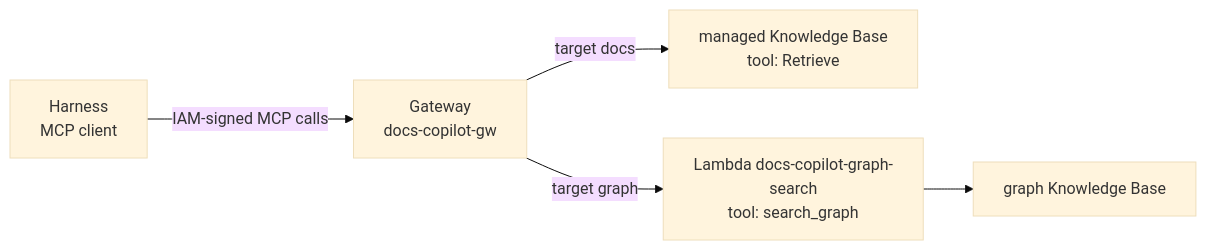
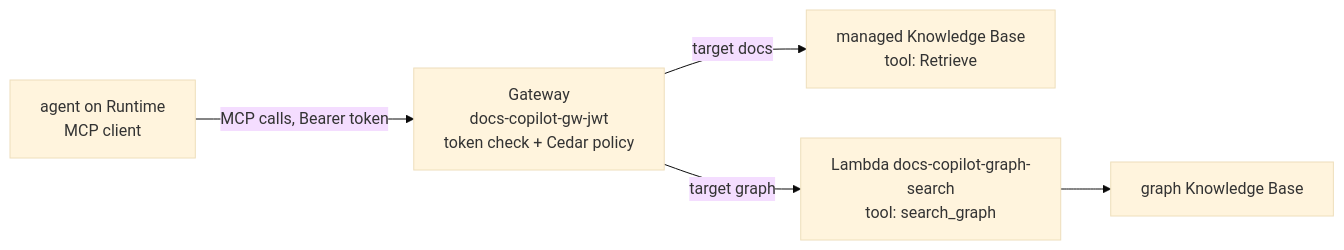
Before and after one commit to yashzord/Docs_Copilot: diagram 18 of 21 in docs/course.md, drawn with Mermaid (base theme). The commit also changed other lines of this file and 5 other files, not shown here.

First line of the commit message:
docs: course, README and demo for the login, the Runtime agent and the Cedar policy

````diff
--- a/docs/course.md
+++ b/docs/course.md
@@ -2027,7 +2057,7 @@
 ```mermaid
 flowchart LR
-    H[Harness<br/>MCP client] -->|IAM-signed MCP calls| G[Gateway<br/>docs-copilot-gw]
+    H[agent on Runtime<br/>MCP client] -->|MCP calls, Bearer token| G[Gateway<br/>docs-copilot-gw-jwt<br/>token check + Cedar policy]
     G -->|target docs| K[managed Knowledge Base<br/>tool: Retrieve]
     G -->|target graph| L[Lambda docs-copilot-graph-search<br/>tool: search_graph]
     L --> GK[graph Knowledge Base]
 ```
````
